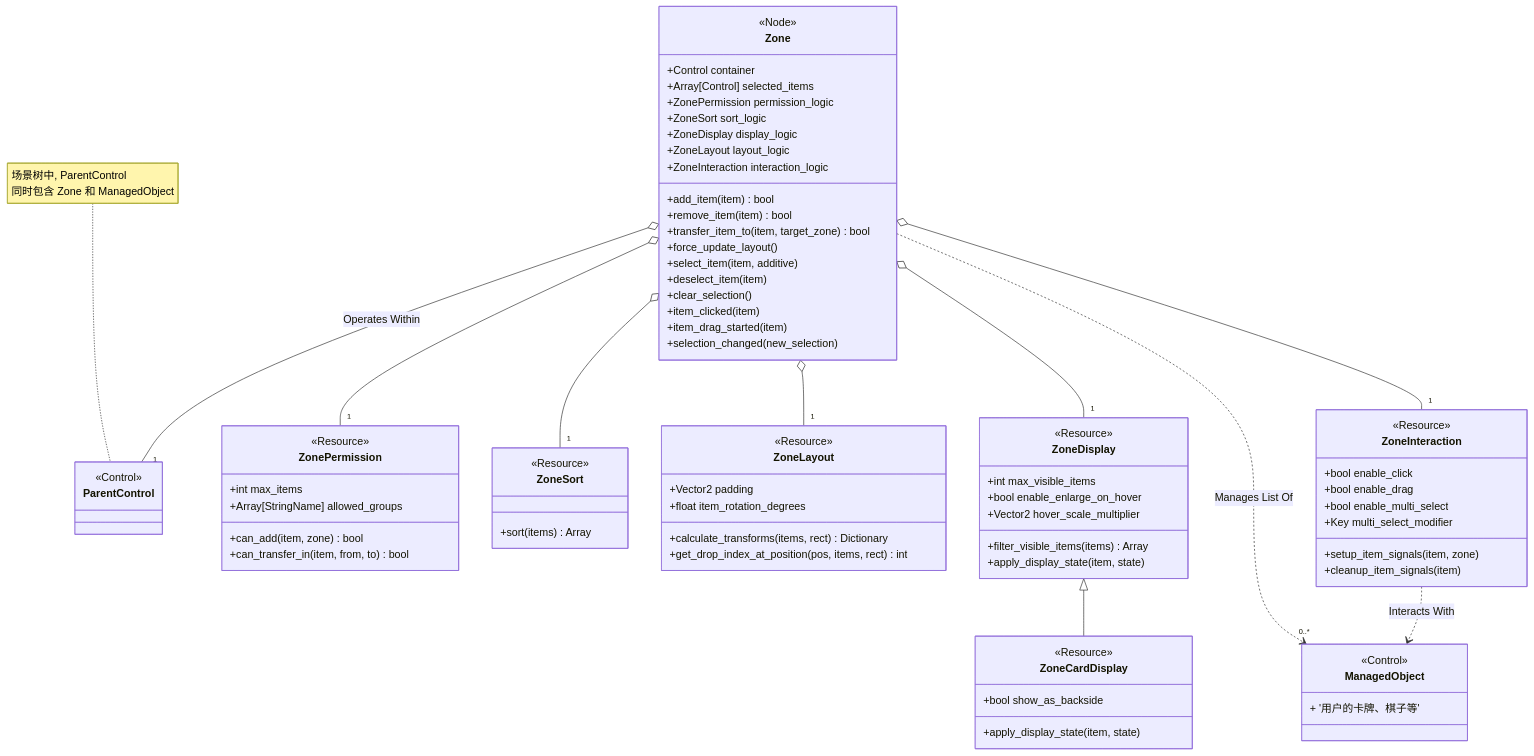
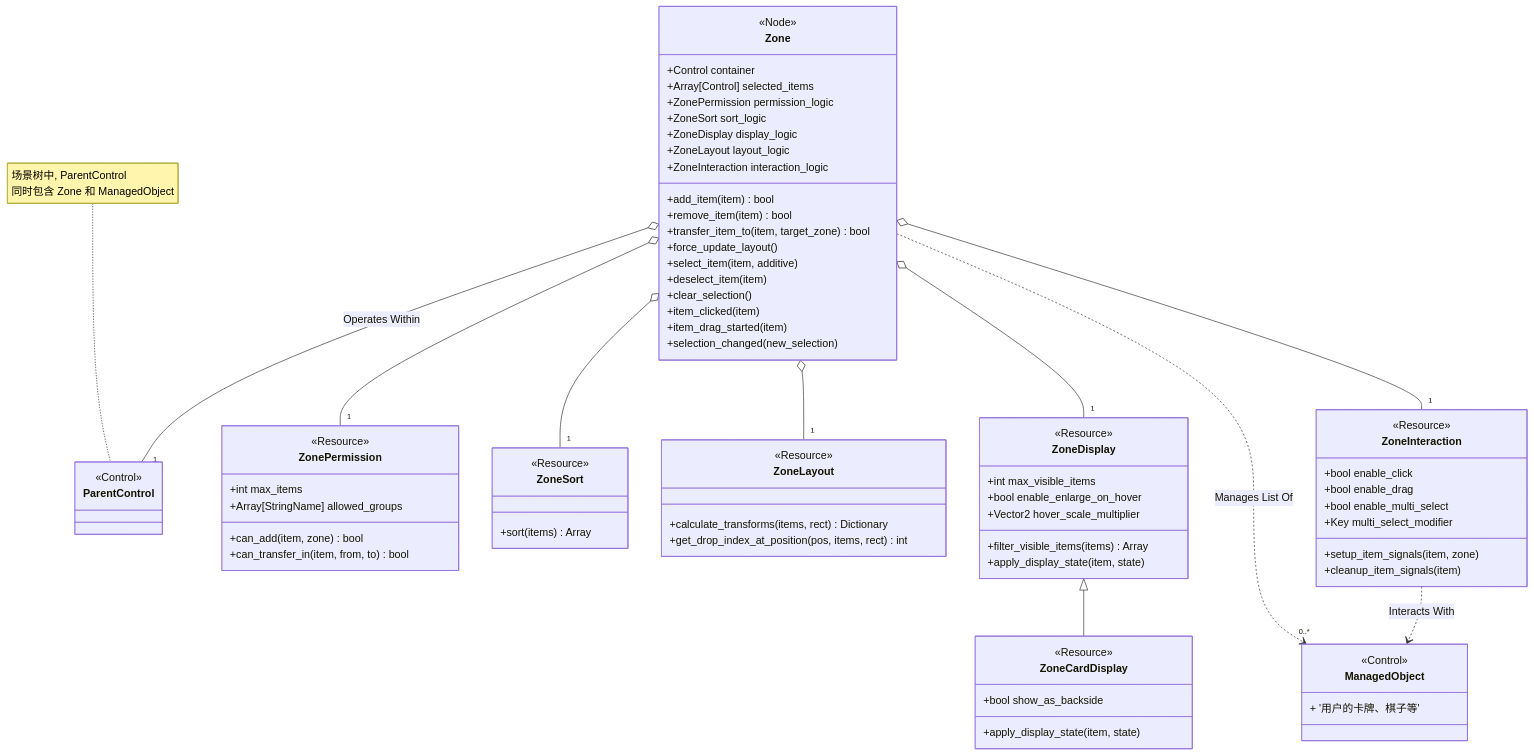
The second of 2 diagrams in README.md (AmyF/nascent-soul), drawn with Mermaid before and after one commit. The commit also changed 74 other files, not shown here.

```diff
--- a/README.md
+++ b/README.md
@@ -96,8 +96,6 @@
     class ZoneLayout {
         <<Resource>>
         <<Properties>>
-        +Vector2 padding
-        +float item_rotation_degrees
         <<Methods>>
         +calculate_transforms(items, rect) Dictionary
         +get_drop_index_at_position(pos, items, rect) int
```
